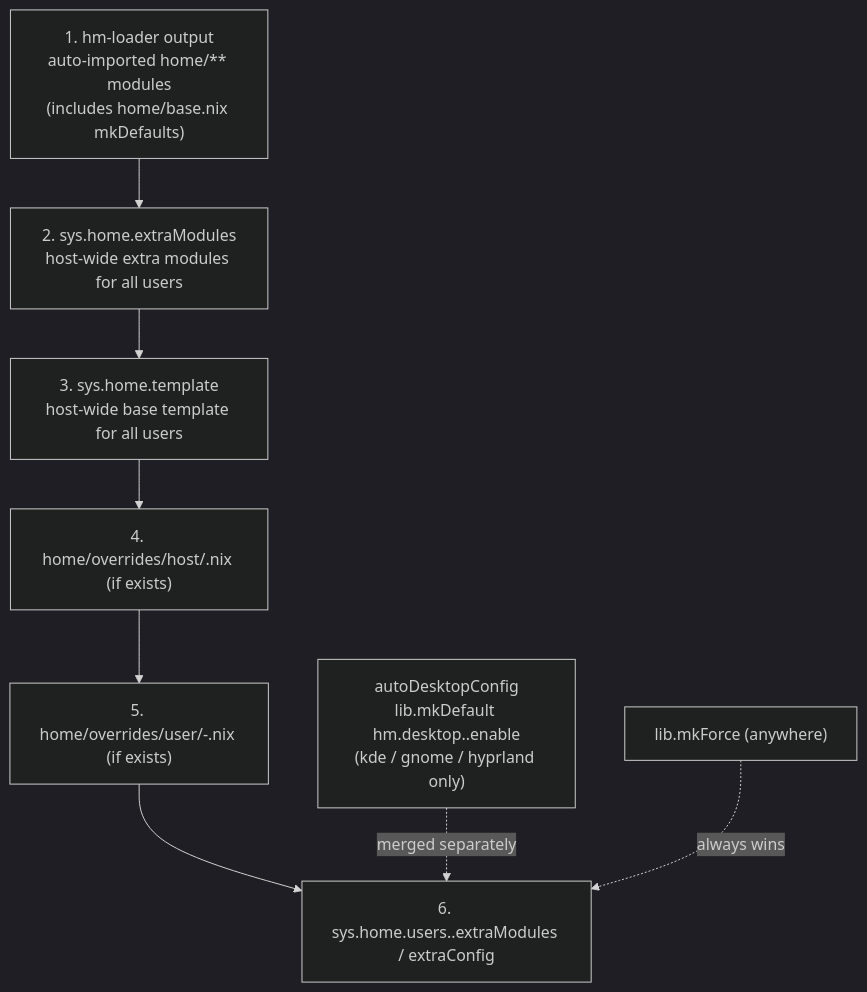
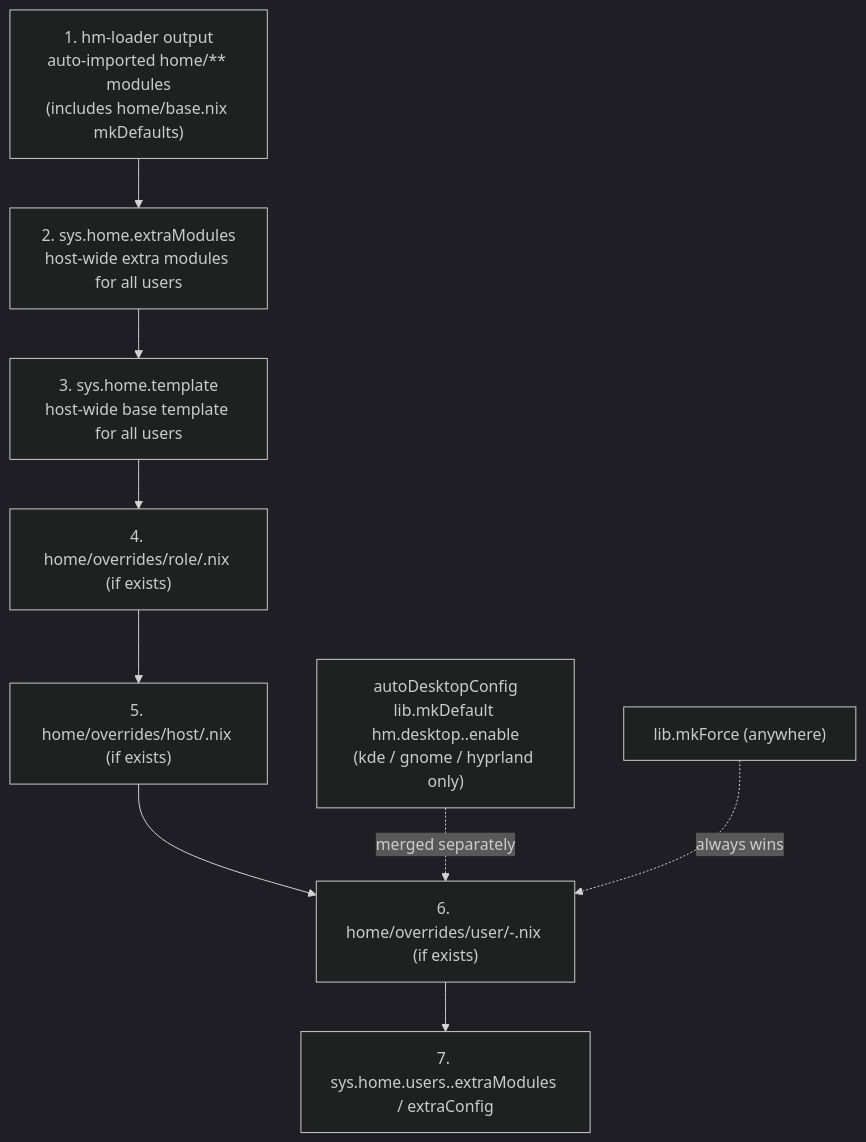
One commit to telometto/nix-config changed the diagram in home/README.md. Above: the diagram before and after it, drawn with Mermaid (dark theme). The commit also changed other lines of this file, not shown here.

Commit message:
docs(home/README): document role overrides and updated HM precedence

````diff
--- a/home/README.md
+++ b/home/README.md
@@ -106,11 +112,12 @@
 ```mermaid
 flowchart TD
     A["1. hm-loader output\nauto-imported home/** modules\n(includes home/base.nix mkDefaults)"] --> B
     B["2. sys.home.extraModules\nhost-wide extra modules for all users"] --> C
     C["3. sys.home.template\nhost-wide base template for all users"] --> D
-    D["4. home/overrides/host/<hostname>.nix (if exists)"] --> E
-    E["5. home/overrides/user/<user>-<host>.nix (if exists)"] --> F
-    F["6. sys.home.users.<name>.extraModules / extraConfig"]
+    D["4. home/overrides/role/<role>.nix (if exists)"] --> E
+    E["5. home/overrides/host/<hostname>.nix (if exists)"] --> F
+    F["6. home/overrides/user/<user>-<host>.nix (if exists)"] --> G
+    G["7. sys.home.users.<name>.extraModules / extraConfig"]
     AD["autoDesktopConfig\nlib.mkDefault hm.desktop.<flavor>.enable\n(kde / gnome / hyprland only)"] -.->|"merged separately"| F
     H["lib.mkForce (anywhere)"] -.->|"always wins"| F
 ```
````
